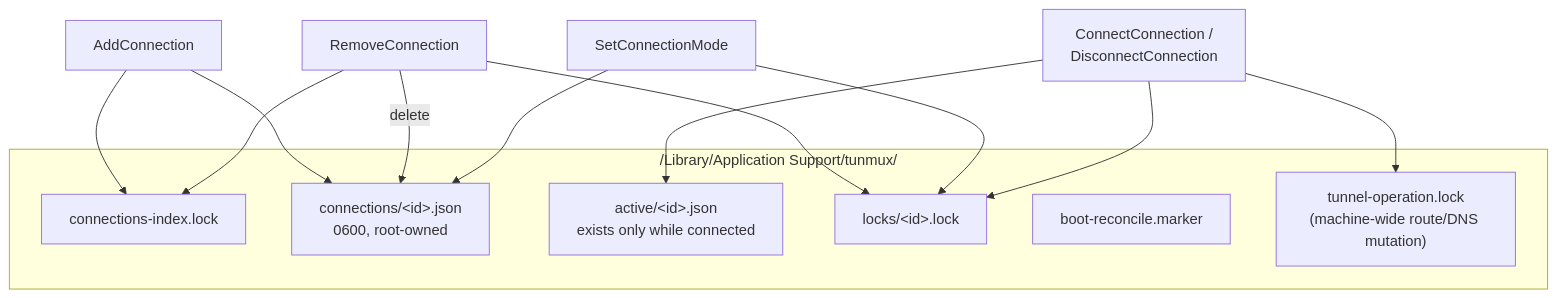
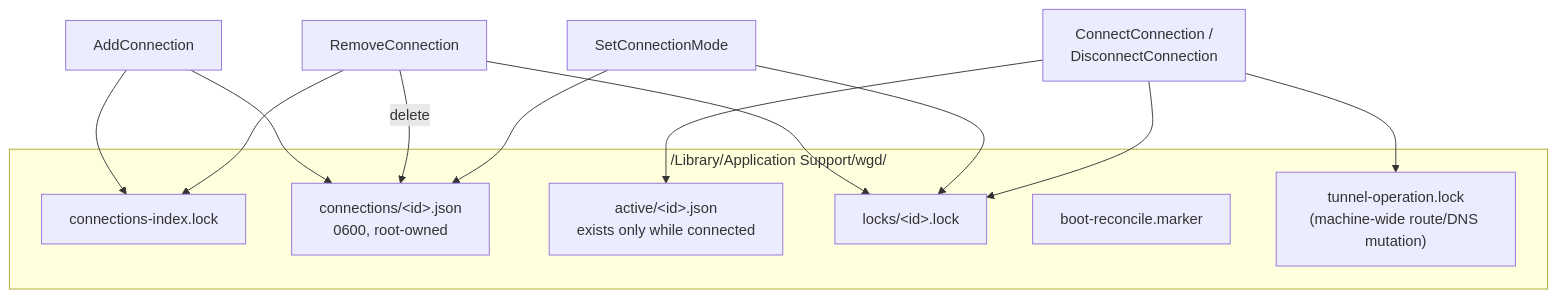
The fifth of 11 diagrams in doc/architecture.md (pansen/macos-wireguard-daemon), drawn with Mermaid before and after one commit. The commit also changed other lines of this file and 36 other files, not shown here.

````diff
--- a/doc/architecture.md
+++ b/doc/architecture.md
@@ -260,22 +260,22 @@
 ```mermaid
 flowchart TB
-    subgraph store["/Library/Application Support/tunmux/"]
+    subgraph store["/Library/Application Support/wgd/"]
         IDX["connections-index.lock"]
         CONND["connections/&lt;id&gt;.json<br/>0600, root-owned"]
         ACTD["active/&lt;id&gt;.json<br/>exists only while connected"]
         LOCKD["locks/&lt;id&gt;.lock"]
         MARK["boot-reconcile.marker"]
         NETLK["tunnel-operation.lock<br/>(machine-wide route/DNS mutation)"]
     end
 
     ADD["AddConnection"] --> IDX
     ADD --> CONND
     REMOVE["RemoveConnection"] --> IDX
     REMOVE --> LOCKD
     REMOVE -->|"delete"| CONND
     MODE["SetConnectionMode"] --> LOCKD
     MODE --> CONND
     CONNECT["ConnectConnection /<br/>DisconnectConnection"] --> LOCKD
     CONNECT --> NETLK
     CONNECT --> ACTD
 ```
````
